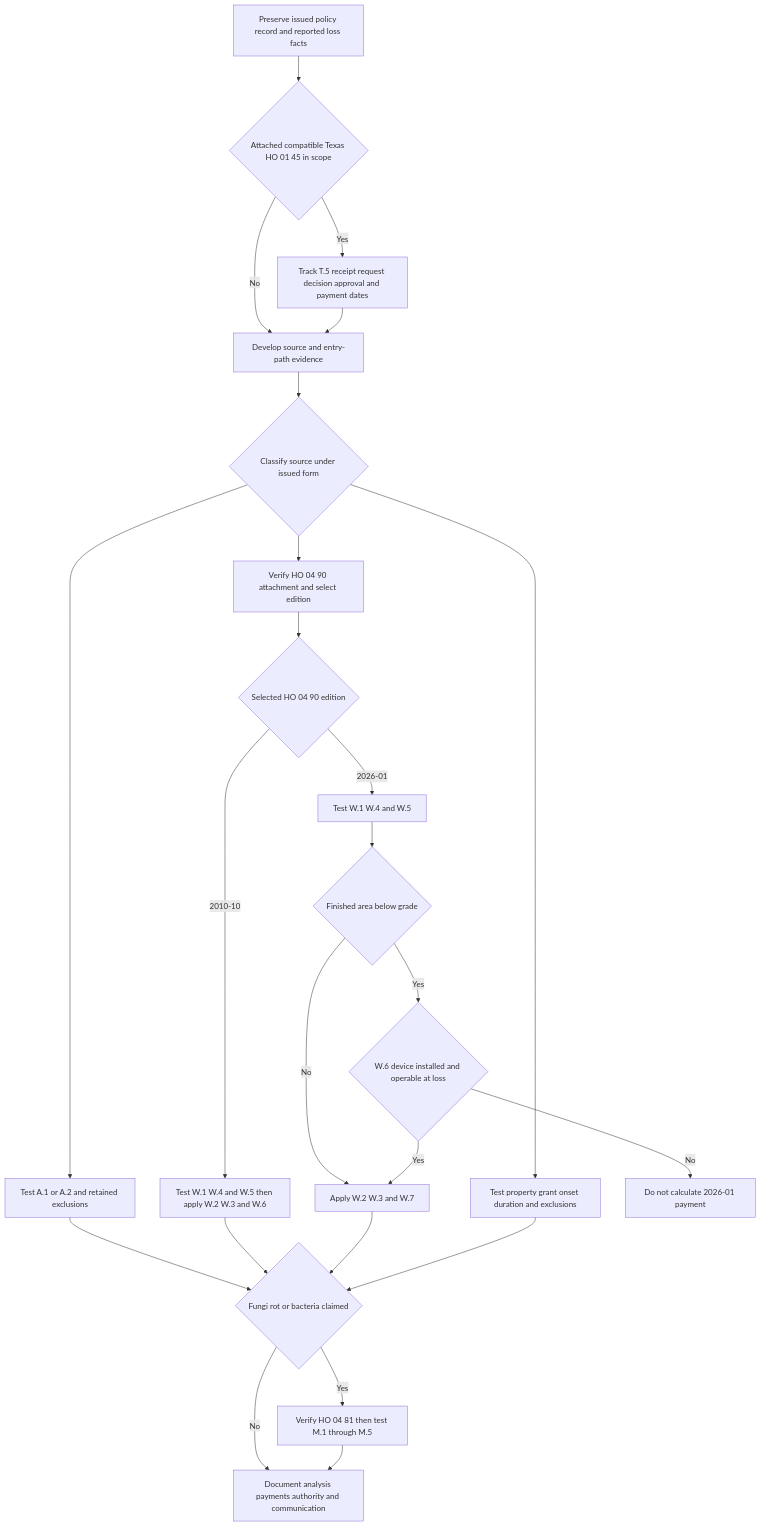
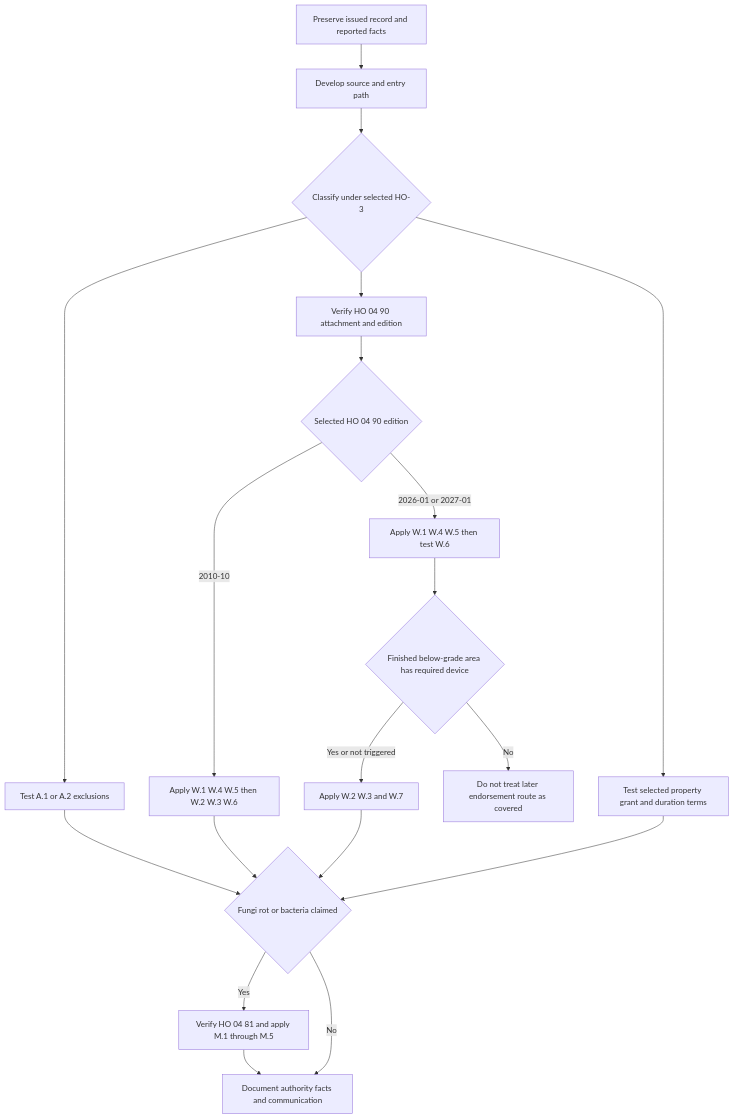
One commit to eugeneliu-86/openwiki-insurance-corpus changed the diagram in openwiki/operations/claims-water-loss-handling.md. Above: the diagram before and after it, drawn with Mermaid. The commit also changed other lines of this file and 29 other files, not shown here.

````diff
--- a/openwiki/operations/claims-water-loss-handling.md
+++ b/openwiki/operations/claims-water-loss-handling.md
@@ -51,26 +43,21 @@
 ```mermaid
 flowchart TD
-    Intake["Preserve issued policy record and reported loss facts"] --> Texas{"Attached compatible Texas HO 01 45 in scope"}
-    Texas -- "Yes" --> Timing["Track T.5 receipt request decision approval and payment dates"]
-    Texas -- "No" --> Source["Develop source and entry-path evidence"]
-    Timing --> Source
-    Source --> Classify{"Classify source under issued form"}
-    Classify --> Surface["Test A.1 or A.2 and retained exclusions"]
-    Classify --> Backup["Verify HO 04 90 attachment and select edition"]
-    Classify --> Internal["Test property grant onset duration and exclusions"]
-    Backup --> WaterTerms{"Selected HO 04 90 edition"}
-    WaterTerms -- "2010-10" --> Legacy["Test W.1 W.4 and W.5 then apply W.2 W.3 and W.6"]
-    WaterTerms -- "2026-01" --> Current["Test W.1 W.4 and W.5"]
-    Current --> BelowGrade{"Finished area below grade"}
-    BelowGrade -- "Yes" --> Device{"W.6 device installed and operable at loss"}
-    BelowGrade -- "No" --> CurrentPay["Apply W.2 W.3 and W.7"]
-    Device -- "Yes" --> CurrentPay
-    Device -- "No" --> NoCurrent["Do not calculate 2026-01 payment"]
+    Intake["Preserve issued record and reported facts"] --> Source["Develop source and entry path"]
+    Source --> Classify{"Classify under selected HO-3"}
+    Classify --> Surface["Test A.1 or A.2 exclusions"]
+    Classify --> Backup["Verify HO 04 90 attachment and edition"]
+    Classify --> Internal["Test selected property grant and duration terms"]
+    Backup --> Edition{"Selected HO 04 90 edition"}
+    Edition -- "2010-10" --> Legacy["Apply W.1 W.4 W.5 then W.2 W.3 W.6"]
+    Edition -- "2026-01 or 2027-01" --> Later["Apply W.1 W.4 W.5 then test W.6"]
+    Later --> Device{"Finished below-grade area has required device"}
+    Device -- "Yes or not triggered" --> LaterTerms["Apply W.2 W.3 and W.7"]
+    Device -- "No" --> Hold["Do not treat later endorsement route as covered"]
     Surface --> Fungi{"Fungi rot or bacteria claimed"}
     Legacy --> Fungi
-    CurrentPay --> Fungi
+    LaterTerms --> Fungi
     Internal --> Fungi
-    Fungi -- "Yes" --> Mold["Verify HO 04 81 then test M.1 through M.5"]
-    Fungi -- "No" --> Resolve["Document analysis payments authority and communication"]
-    Mold --> Resolve
+    Fungi -- "Yes" --> Mold["Verify HO 04 81 and apply M.1 through M.5"]
+    Fungi -- "No" --> Complete["Document authority facts and communication"]
+    Mold --> Complete
 ```
````
